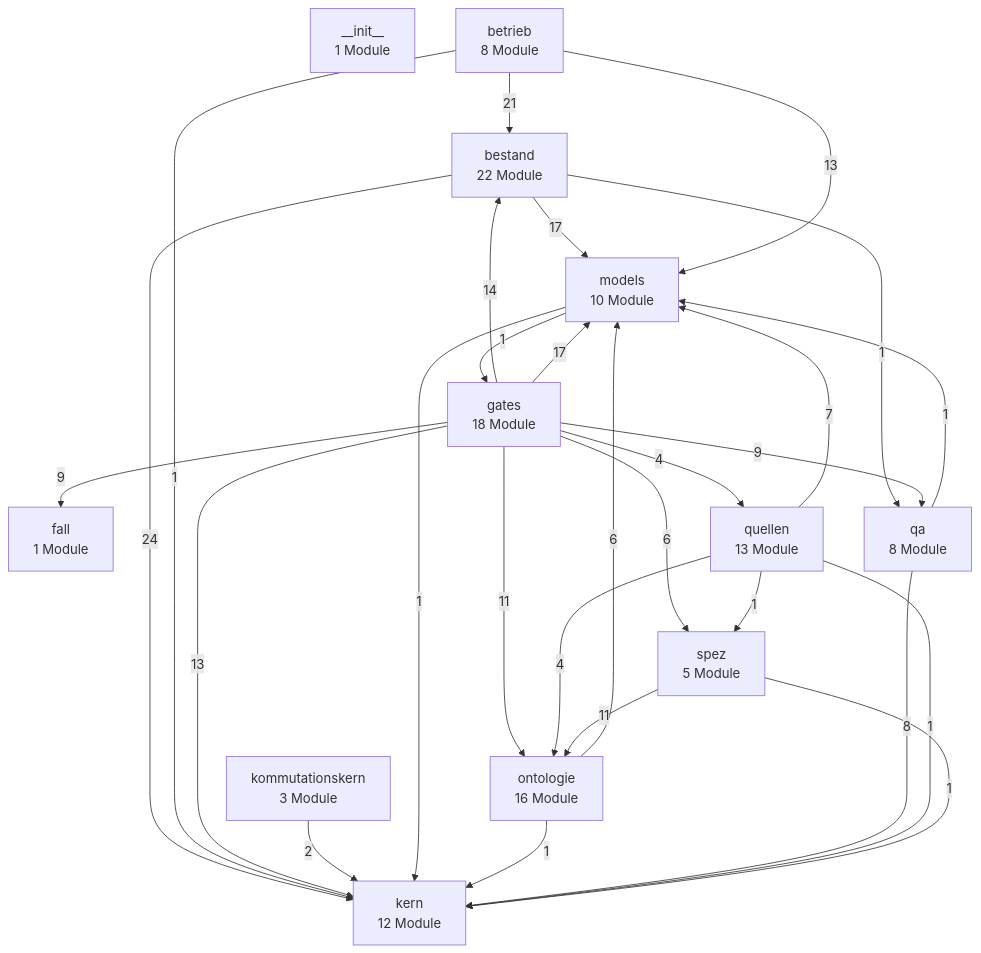
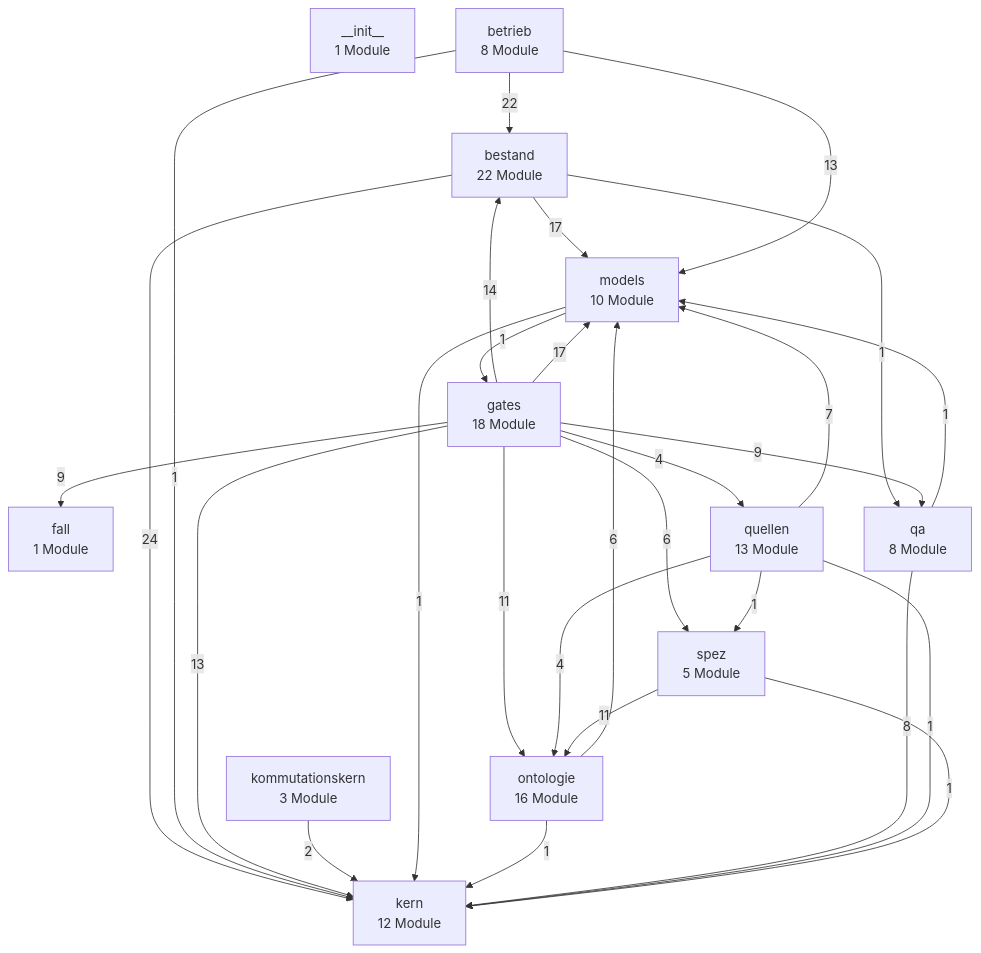
One commit to bartlmac/rechner-pipeline changed the first of 3 diagrams in docs/architektur/landkarte.md. Above: the diagram before and after it, drawn with Mermaid. The commit also changed 7 other files, not shown here.

````diff
--- a/docs/architektur/landkarte.md
+++ b/docs/architektur/landkarte.md
@@ -27,43 +27,43 @@
 ```mermaid
 %% Schichten — erzeugt von ontologie.landkarte
 flowchart TD
     n__init__["__init__<br/>1 Module"]
     bestand["bestand<br/>22 Module"]
     betrieb["betrieb<br/>8 Module"]
     fall["fall<br/>1 Module"]
     gates["gates<br/>18 Module"]
     kern["kern<br/>12 Module"]
     kommutationskern["kommutationskern<br/>3 Module"]
     models["models<br/>10 Module"]
     ontologie["ontologie<br/>16 Module"]
     qa["qa<br/>8 Module"]
     quellen["quellen<br/>13 Module"]
     spez["spez<br/>5 Module"]
     bestand -- 24 --> kern
     bestand -- 17 --> models
     bestand -- 1 --> qa
-    betrieb -- 21 --> bestand
+    betrieb -- 22 --> bestand
     betrieb -- 1 --> kern
     betrieb -- 13 --> models
     gates -- 14 --> bestand
     gates -- 9 --> fall
     gates -- 13 --> kern
     gates -- 17 --> models
     gates -- 11 --> ontologie
     gates -- 9 --> qa
     gates -- 4 --> quellen
     gates -- 6 --> spez
     kommutationskern -- 2 --> kern
     models -- 1 --> gates
     models -- 1 --> kern
     ontologie -- 1 --> kern
     ontologie -- 6 --> models
     qa -- 8 --> kern
     qa -- 1 --> models
     quellen -- 1 --> kern
     quellen -- 7 --> models
     quellen -- 4 --> ontologie
     quellen -- 1 --> spez
     spez -- 1 --> kern
     spez -- 11 --> ontologie
 ```
````
